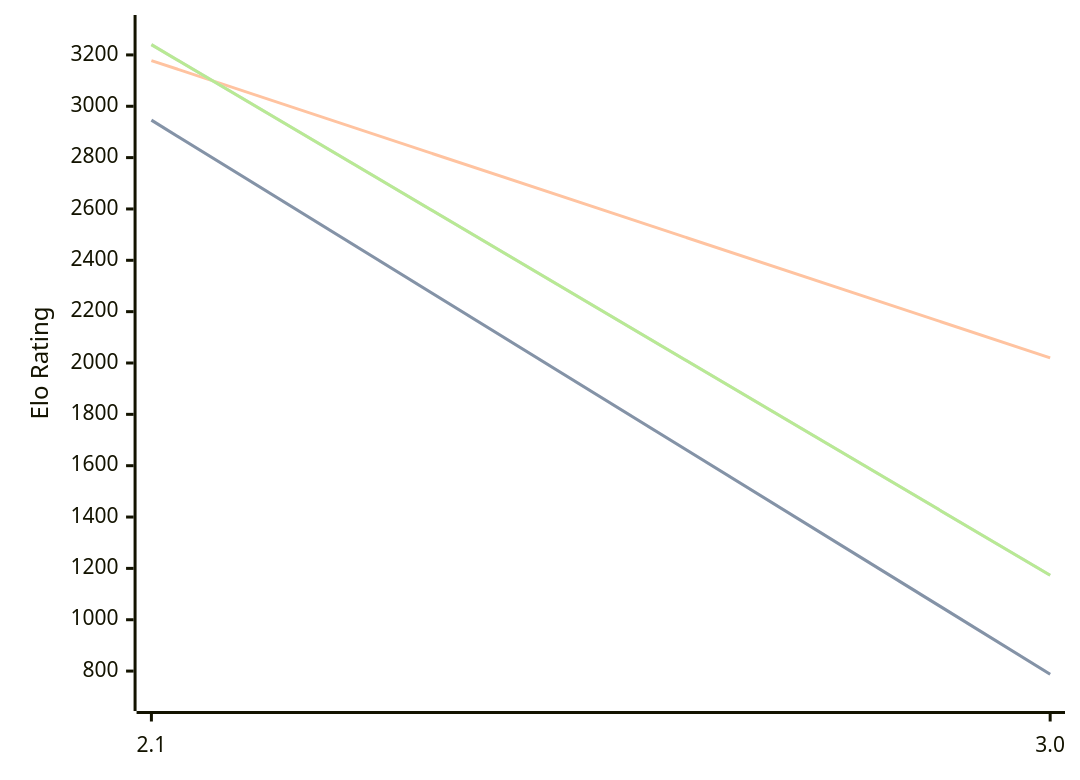
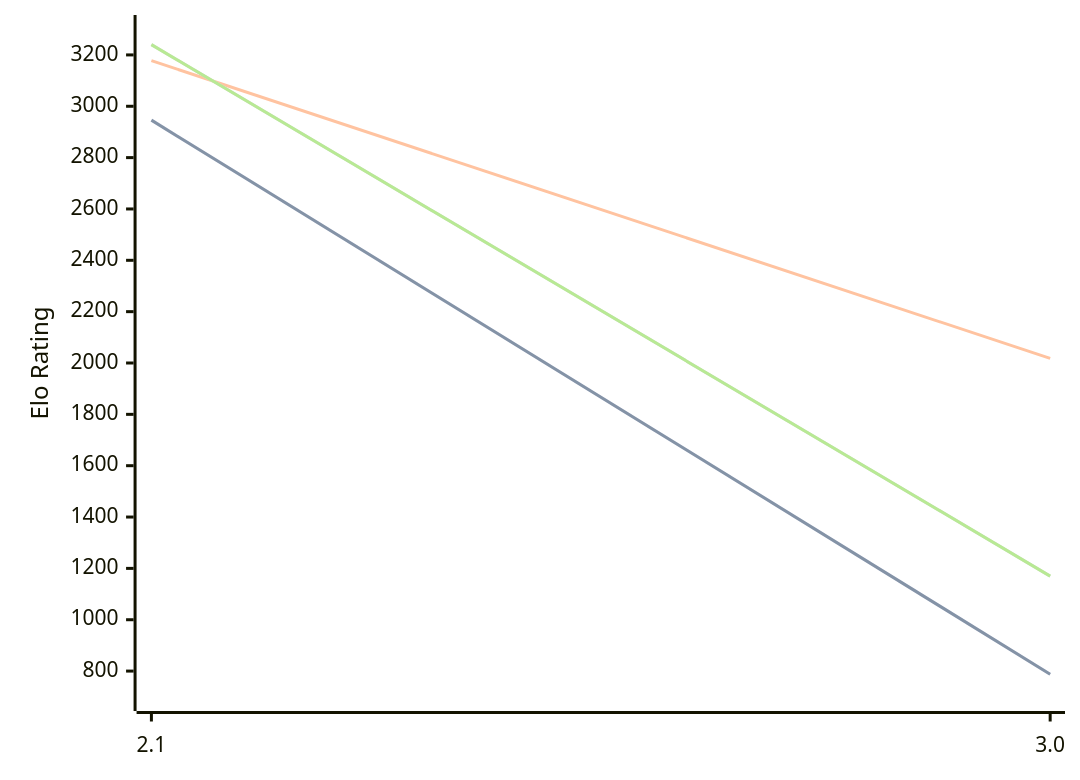
Before and after one commit to computer-chess-index/cci: the first of 3 diagrams in engines/Quirky.md, drawn with Mermaid. The commit also changed other lines of this file, not shown here.

Commit message:
Update CCI Ratings (ELO VLTC) - 2026-06-26

````diff
--- a/engines/Quirky.md
+++ b/engines/Quirky.md
@@ -34,11 +34,11 @@
 ```mermaid
 %%{init: {"theme":"base","themeVariables":{"seriesColors:['#a3a3a3','#222221','#faa371']}}}%%
 xychart-beta
   x-axis ["2.1", "3.0"]
   y-axis "Elo Rating" 700 --> 3300
   line "STC (8.0+0.08s)" [2946, 788]
   line "STC (8.0+0.08s)" [2946, 788]
-  line "LTC (60.0+0.60s)" [3178, 2020]
-  line "VLTC (2m24s+1.12s)" [3240, 1173]
-  line "VLTC (2m24s+1.12s)" [3240, 1173]
+  line "LTC (60.0+0.60s)" [3178, 2018]
+  line "VLTC (2m24s+1.12s)" [3240, 1170]
+  line "VLTC (2m24s+1.12s)" [3240, 1170]
 ```
````
